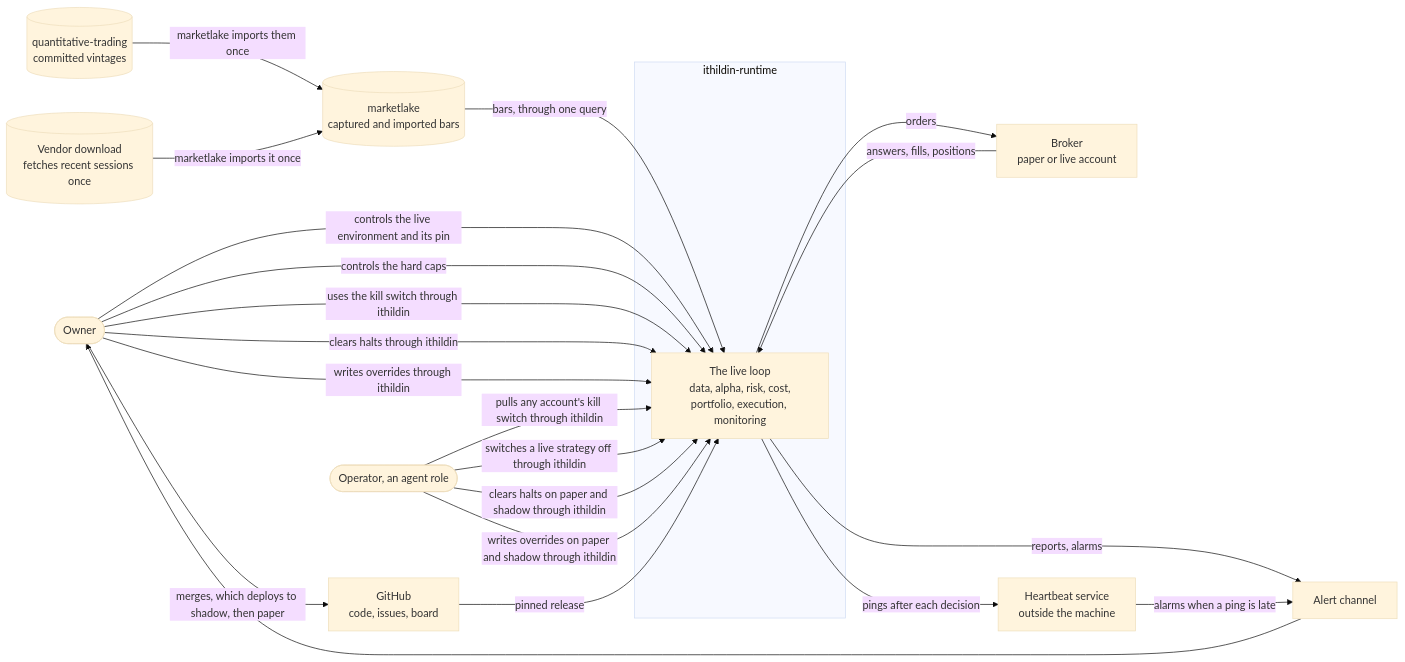
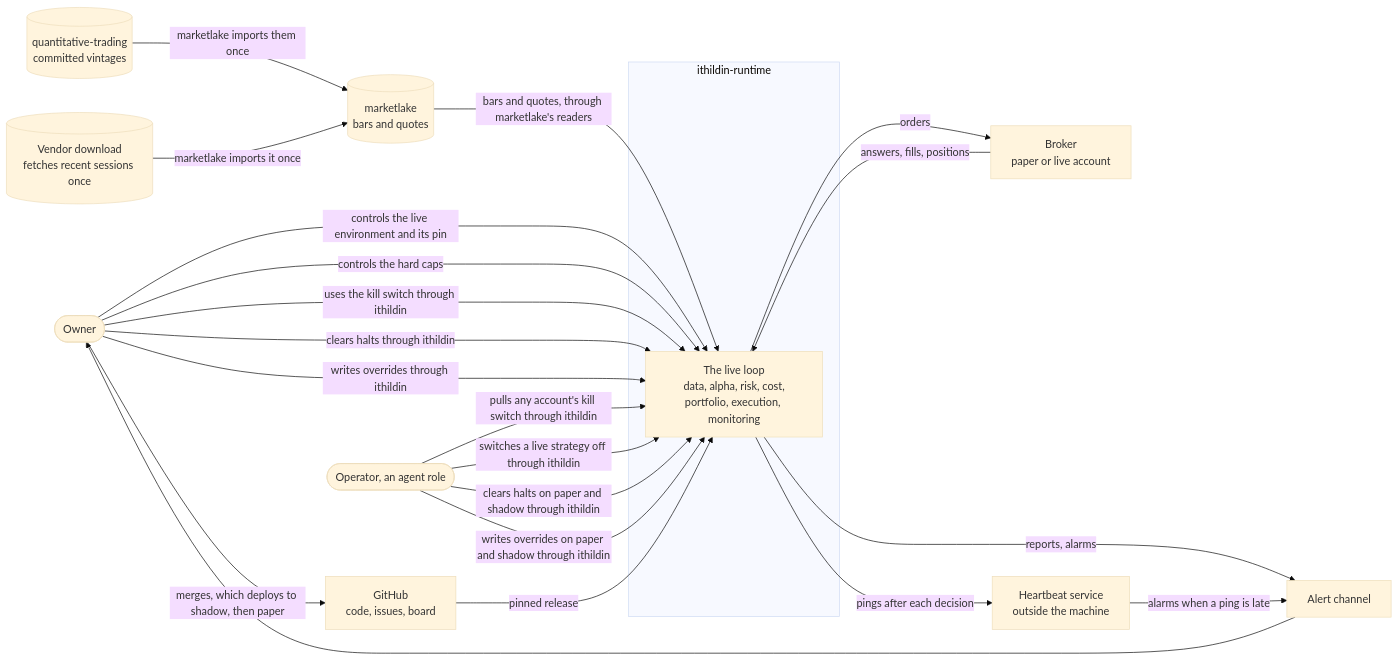
One commit to l3a0/ithildin-runtime changed the first of 5 diagrams in docs/architecture/03-context-and-scope.md. Above: the diagram before and after it, drawn with Mermaid (base theme). The commit also changed other lines of this file and 64 other files, not shown here.

First line of the commit message:
feat(data): read the day's quotes before marketlake seals it (#168)

````diff
--- a/docs/architecture/03-context-and-scope.md
+++ b/docs/architecture/03-context-and-scope.md
@@ -22,36 +22,36 @@
 ```mermaid
 flowchart LR
     owner(["Owner"])
     operator(["Operator, an agent role"])
     subgraph platform["ithildin-runtime"]
         loop["The live loop<br/>data, alpha, risk, cost,<br/>portfolio, execution, monitoring"]
     end
     qt[("quantitative-trading<br/>committed vintages")]
     vendor[("Vendor download<br/>fetches recent sessions once")]
-    lake[("marketlake<br/>captured and imported bars")]
+    lake[("marketlake<br/>bars and quotes")]
     broker["Broker<br/>paper or live account"]
     alerts["Alert channel"]
     heartbeat["Heartbeat service<br/>outside the machine"]
     github["GitHub<br/>code, issues, board"]
 
     qt -->|"marketlake imports them once"| lake
     vendor -->|"marketlake imports it once"| lake
-    lake -->|"bars, through one query"| loop
+    lake -->|"bars and quotes, through marketlake's readers"| loop
     loop -->|"orders"| broker
     broker -->|"answers, fills, positions"| loop
     loop -->|"reports, alarms"| alerts
     loop -->|"pings after each decision"| heartbeat
     heartbeat -->|"alarms when a ping is late"| alerts
     alerts --> owner
     owner -->|"controls the live environment and its pin"| loop
     owner -->|"controls the hard caps"| loop
     owner -->|"uses the kill switch through ithildin"| loop
     owner -->|"clears halts through ithildin"| loop
     owner -->|"writes overrides through ithildin"| loop
     operator -->|"pulls any account's kill switch through ithildin"| loop
     operator -->|"switches a live strategy off through ithildin"| loop
     operator -->|"clears halts on paper and shadow through ithildin"| loop
     operator -->|"writes overrides on paper and shadow through ithildin"| loop
     owner -->|"merges, which deploys to shadow, then paper"| github
     github -->|"pinned release"| loop
 ```
````
